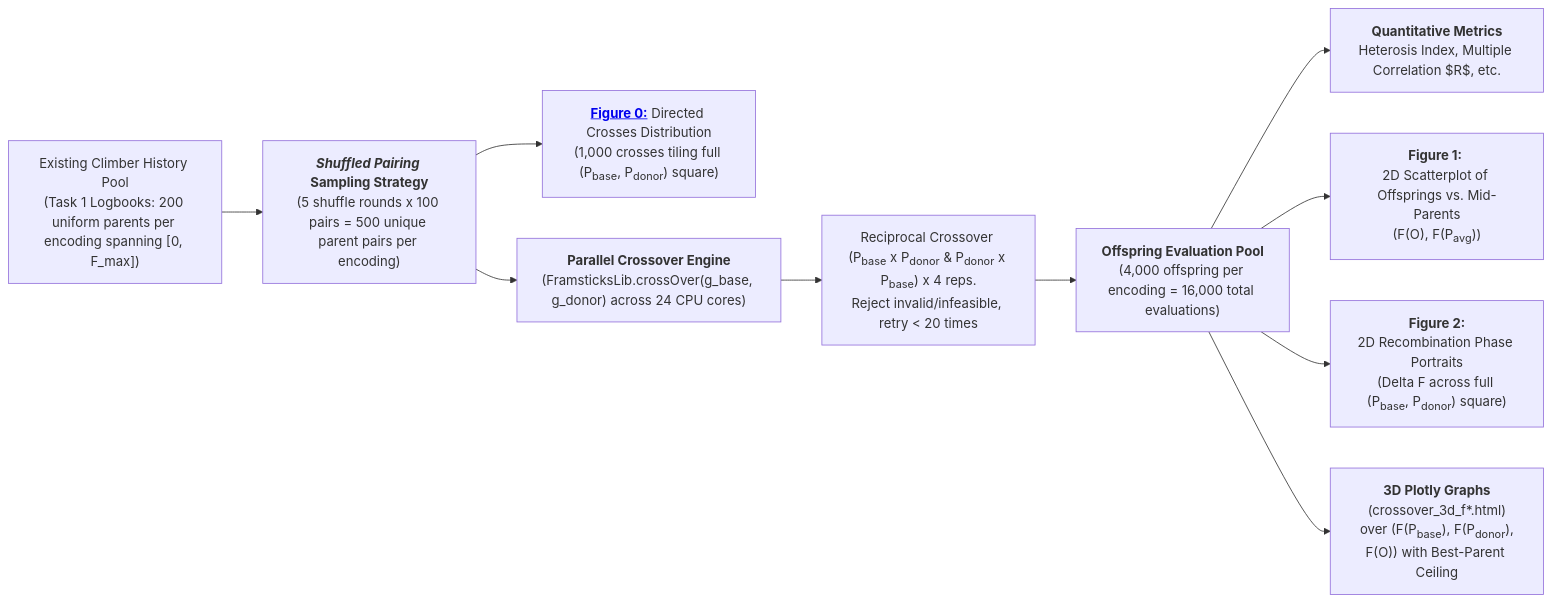
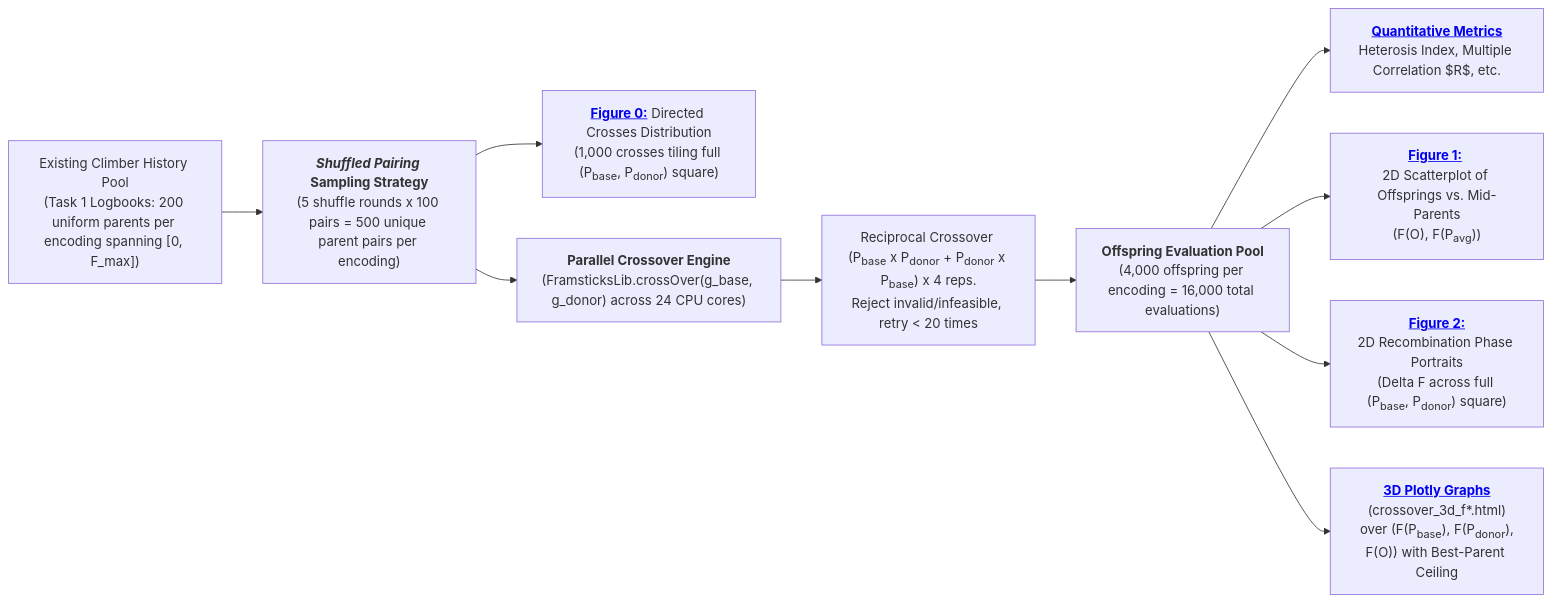
Before and after one commit to Klavierkonzert/msc-ai: the diagram in sem-1/BIA/Evolutionary Design/assignments/Assignment 6 - Fitness Landscape Exploration/task2/README.md, drawn with Mermaid. The commit also changed other lines of this file and 25 other files, not shown here.

````diff
--- a/sem-1/BIA/Evolutionary Design/assignments/Assignment 6 - Fitness Landscape Exploration/task2/README.md
+++ b/sem-1/BIA/Evolutionary Design/assignments/Assignment 6 - Fitness Landscape Exploration/task2/README.md
@@ -24,12 +13,12 @@
 ```mermaid
 flowchart LR
     A["Existing Climber History Pool<br>(Task 1 Logbooks: 200 uniform parents per encoding spanning [0, F_max])"] --> B["<b><em>Shuffled Pairing</em> Sampling Strategy</b><br>(5 shuffle rounds x 100 pairs = 500 unique parent pairs per encoding)"]
     B --> B1["<a href=#fig-parents-distribution><b>Figure 0:</b></a> Directed Crosses Distribution<br>(1,000 crosses tiling full (P<sub>base</sub>, P<sub>donor</sub>) square)"]
     B --> C["<b>Parallel Crossover Engine</b><br>(FramsticksLib.crossOver(g_base, g_donor) across 24 CPU cores)"]
-    C --> D["Reciprocal Crossover (P<sub>base</sub> x P<sub>donor</sub> & P<sub>donor</sub> x P<sub>base</sub>) x 4 reps.<br>Reject invalid/infeasible, retry < 20 times"]
+    C --> D["Reciprocal Crossover (P<sub>base</sub> x P<sub>donor</sub> + P<sub>donor</sub> x P<sub>base</sub>) x 4 reps.<br>Reject invalid/infeasible, retry < 20 times"]
     D --> E["<b>Offspring Evaluation Pool</b><br>(4,000 offspring per encoding = 16,000 total evaluations)"]
-    E --> F["<b>Quantitative Metrics</b><br>Heterosis Index, Multiple Correlation $R$, etc."]
-    E --> G["<b>Figure 1:</b> <br>2D Scatterplot of Offsprings vs. Mid-Parents<br>(F(O), F(P<sub>avg</sub>))"]
-    E --> H["<b>Figure 2:</b><br>2D Recombination Phase Portraits<br>(Delta F across full (P<sub>base</sub>, P<sub>donor</sub>) square)"]
-    E --> I["<b>3D Plotly Graphs</b><br>(crossover_3d_f*.html)<br> over (F(P<sub>base</sub>), F(P<sub>donor</sub>), F(O)) with Best-Parent Ceiling"]
+    E --> F["<a href=#table-crossover-summary><b>Quantitative Metrics</b></a><br>Heterosis Index, Multiple Correlation $R$, etc."]
+    E --> G["<b><a href=#fig-crossover-scatter>Figure 1:</b></a> <br>2D Scatterplot of Offsprings vs. Mid-Parents<br>(F(O), F(P<sub>avg</sub>))"]
+    E --> H["<a href=#fig-crossover-phase-portrait><b>Figure 2:</b></a><br>2D Recombination Phase Portraits<br>(Delta F across full (P<sub>base</sub>, P<sub>donor</sub>) square)"]
+    E --> I["<a href=#3d-plots><b>3D Plotly Graphs</b></a><br>(crossover_3d_f*.html)<br> over (F(P<sub>base</sub>), F(P<sub>donor</sub>), F(O)) with Best-Parent Ceiling"]
 ```
````
